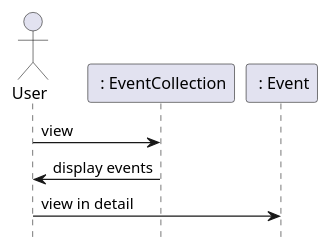
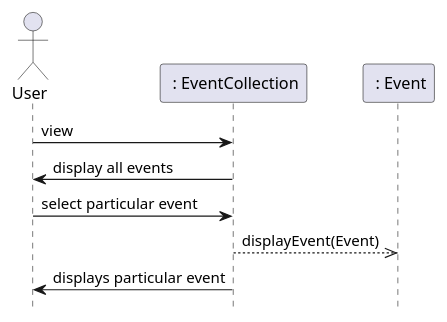
One commit to seamusgould/WhatsUpApp changed the third of 3 diagrams in doc/design.md. Above: the diagram before and after it, drawn with PlantUML.

Commit message:
edited the viewing sequence diagram in desing.md

````diff
--- a/doc/design.md
+++ b/doc/design.md
@@ -82,15 +82,19 @@
 ```plantuml
 @startuml
 hide footbox
 actor User as user
 participant " : EventCollection" as coll
 participant " : Event" as event
 
 user -> coll: view
 
-coll -> user: display events
+coll -> user: display all events
 
-user -> event: view in detail
+user -> coll: select particular event
+
+coll -->> event: displayEvent(Event)
+
+coll -> user: displays particular event 
 
 @enduml
 ```
````
